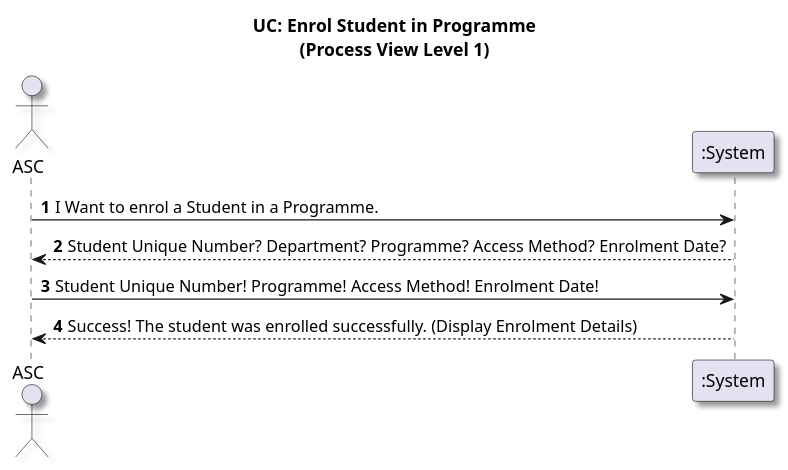
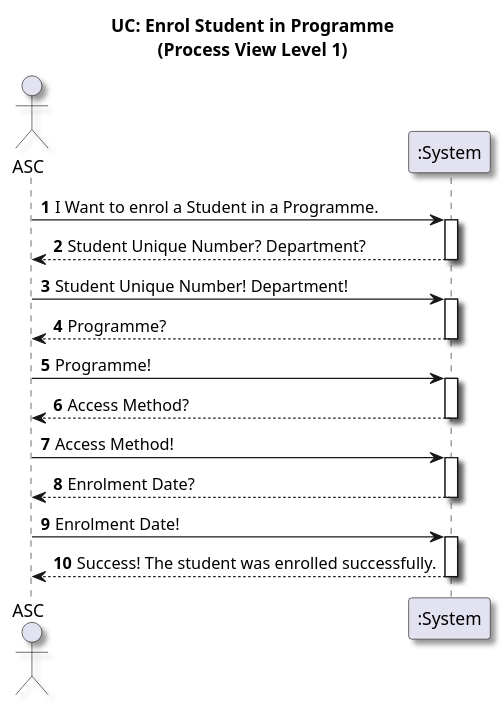
One commit to GasparISEP/DevOps-PAI changed the diagram in docs/US09/ProcessView/level1Diagrams/Level1.puml. Above: the diagram before and after it, drawn with PlantUML.

Commit message:
REF #698 updated level 1 process view diagram

```diff
--- a/docs/US09/ProcessView/level1Diagrams/Level1.puml
+++ b/docs/US09/ProcessView/level1Diagrams/Level1.puml
@@ -1,14 +1,24 @@
 @startuml
 skinparam Shadowing true
 title UC: Enrol Student in Programme\n(Process View Level 1)
 autonumber
 
 actor ASC as Admin
 participant ":System" as System
 
-Admin -> System  : I Want to enrol a Student in a Programme.
-System --> Admin  : Student Unique Number? Department? Programme? Access Method? Enrolment Date?
-Admin -> System  : Student Unique Number! Programme! Access Method! Enrolment Date!
-System --> Admin  : Success! The student was enrolled successfully. (Display Enrolment Details)
+Admin -> System  ++: I Want to enrol a Student in a Programme.
+System --> Admin  --: Student Unique Number? Department?
+
+Admin -> System  ++: Student Unique Number! Department!
+System --> Admin  --: Programme?
+
+Admin -> System  ++: Programme!
+System --> Admin  --: Access Method?
+
+Admin -> System  ++: Access Method!
+System --> Admin  --: Enrolment Date?
+
+Admin -> System  ++: Enrolment Date!
+System --> Admin  --: Success! The student was enrolled successfully.
 
 @enduml
```
